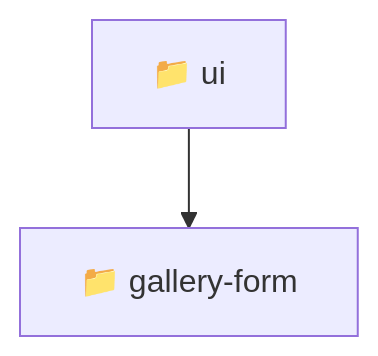
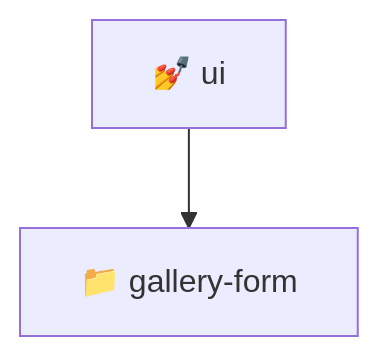
Before and after one commit to beginwebdev2002/fullstack-mavluda: the diagram in frontend/src/pages/gallery/ui/README.md, drawn with Mermaid. The commit also changed other lines of this file and 156 other files, not shown here.

First line of the commit message:
docs: generate comprehensive localized readmes for 100% architectural transparency

````diff
--- a/frontend/src/pages/gallery/ui/README.md
+++ b/frontend/src/pages/gallery/ui/README.md
@@ -10,5 +11,5 @@
 ```mermaid
 graph TD
-  Root["📁 ui"]
-  Root --> galleryform["📁 gallery-form"]
+  ui["💅 ui"]
+  ui --> gallery_form["📁 gallery-form"]
 ```
````
